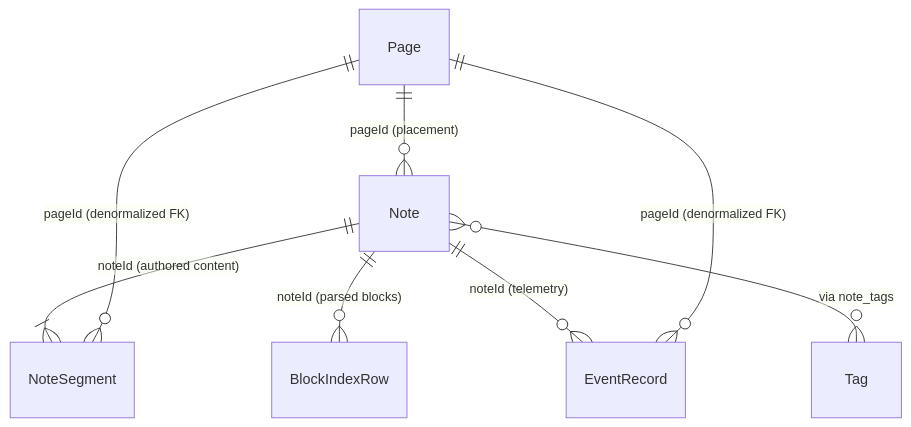
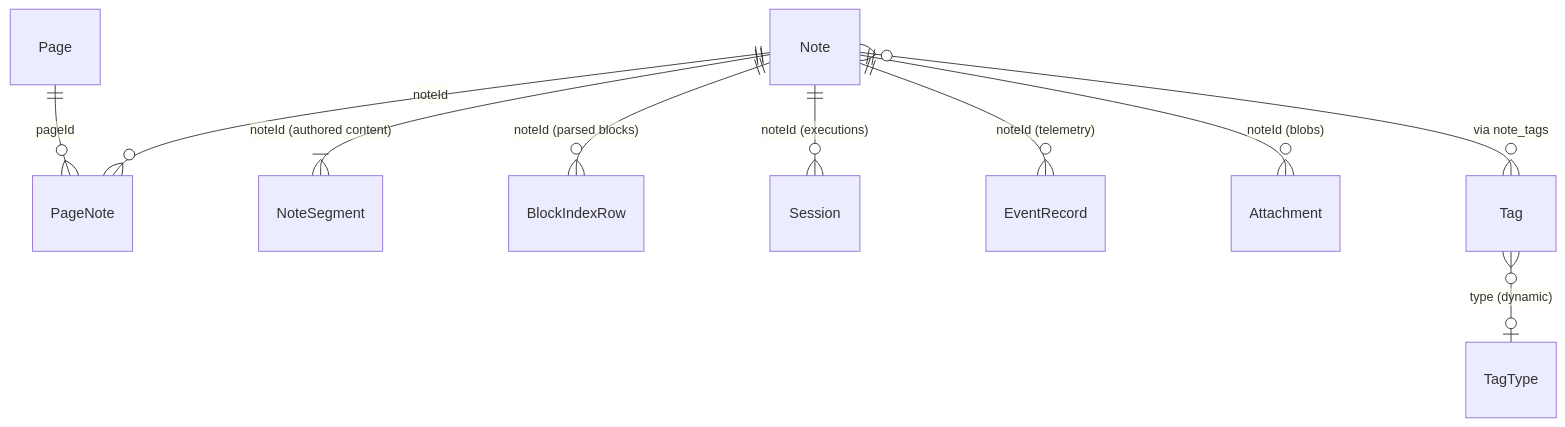
One commit to SergeiGolos/wod-wiki changed the diagram in docs/domain-model/Note-Page-WQL-Alignment.md. Above: the diagram before and after it, drawn with Mermaid. The commit also changed other lines of this file and 2 other files, not shown here.

Commit message:
docs(domain): align Note-Page-WQL doc and deprecate subordinate pageId denormalization

````diff
--- a/docs/domain-model/Note-Page-WQL-Alignment.md
+++ b/docs/domain-model/Note-Page-WQL-Alignment.md
@@ -38,10 +38,12 @@
 ```mermaid
 erDiagram
-    Page ||--o{ Note : "pageId (placement)"
+    Page ||--o{ PageNote : "pageId"
+    Note ||--o{ PageNote : "noteId"
     Note ||--|{ NoteSegment : "noteId (authored content)"
     Note ||--o{ BlockIndexRow : "noteId (parsed blocks)"
+    Note ||--o{ Session : "noteId (executions)"
     Note ||--o{ EventRecord : "noteId (telemetry)"
-    Page ||--o{ EventRecord : "pageId (denormalized FK)"
-    Page ||--o{ NoteSegment : "pageId (denormalized FK)"
+    Note ||--o{ Attachment : "noteId (blobs)"
     Note }o--o{ Tag : "via note_tags"
+    Tag }o--o| TagType : "type (dynamic)"
 ```
````
